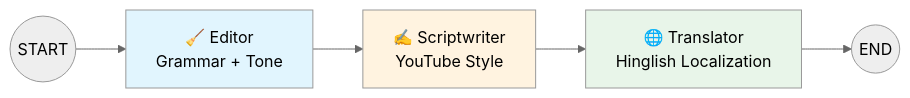
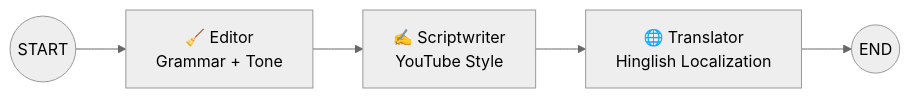
Before and after one commit to TexZ-GenZ/LangGraph-learning-: the second of 7 diagrams in README.md, drawn with Mermaid (neutral theme). The commit also changed other lines of this file, not shown here.

````diff
--- a/README.md
+++ b/README.md
@@ -48,11 +48,7 @@
 ```mermaid
 graph LR
     START((START)) --> A[🧹 Editor<br/>Grammar + Tone]
     A --> B[✍️ Scriptwriter<br/>YouTube Style]
     B --> C[🌐 Translator<br/>Hinglish Localization]
     C --> END((END))
-
-    style A fill:#e1f5fe
-    style B fill:#fff3e0
-    style C fill:#e8f5e9
 ```
````
